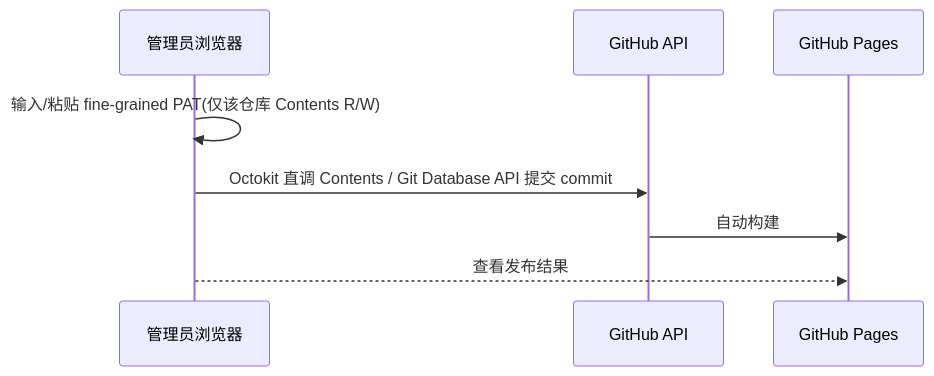
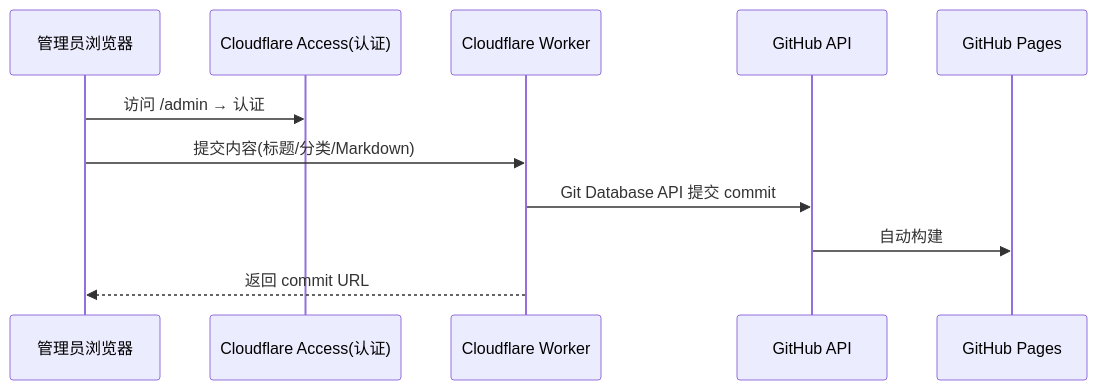
One commit to idealisan/real-life-notes changed the second of 2 diagrams in system-design.md. Above: the diagram before and after it, drawn with Mermaid. The commit also changed other lines of this file and 2 other files, not shown here.

Commit message:
docs: 转向纯静态方案，token 存浏览器密码管理器，前端直调 GitHub API

````diff
--- a/system-design.md
+++ b/system-design.md
@@ -63,11 +64,14 @@
 ```mermaid
 sequenceDiagram
     participant Admin as 管理员浏览器
+    participant CF as Cloudflare Access(认证)
+    participant W as Cloudflare Worker
     participant GH as GitHub API
     participant Pages as GitHub Pages
 
-    Admin->>Admin: 输入/粘贴 fine-grained PAT(仅该仓库 Contents R/W)
-    Admin->>GH: Octokit 直调 Contents / Git Database API 提交 commit
+    Admin->>CF: 访问 /admin → 认证
+    Admin->>W: 提交内容(标题/分类/Markdown)
+    W->>GH: Git Database API 提交 commit
     GH->>Pages: 自动构建
-    Admin-->>Pages: 查看发布结果
+    W-->>Admin: 返回 commit URL
 ```
````
